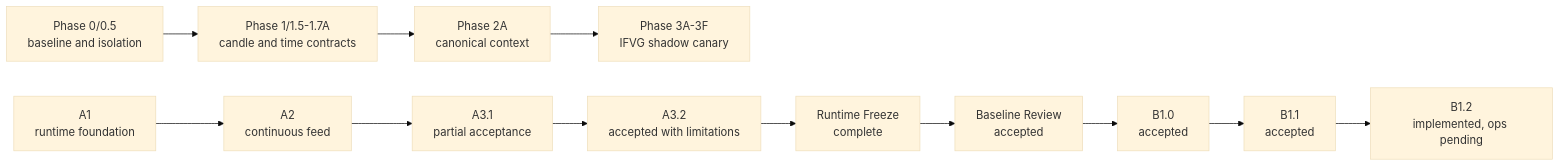
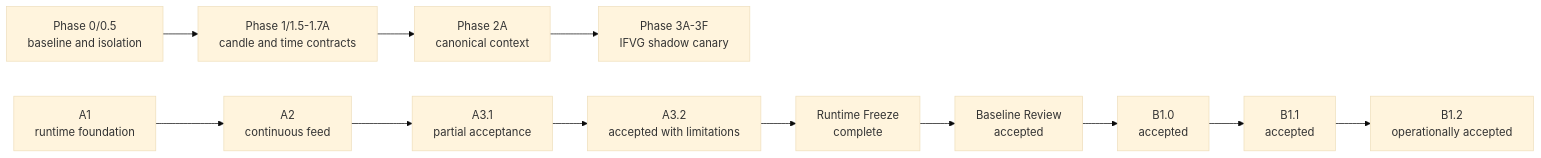
The first of 2 diagrams in docs/gotrader-runtime/architecture-roadmap.md (andreduval-png/gotrader-lab), drawn with Mermaid (base theme) before and after one commit. The commit also changed other lines of this file and 2 other files, not shown here.

````diff
--- a/docs/gotrader-runtime/architecture-roadmap.md
+++ b/docs/gotrader-runtime/architecture-roadmap.md
@@ -58,18 +61,18 @@
 ```mermaid
 flowchart LR
   P0["Phase 0/0.5<br/>baseline and isolation"]
   P1["Phase 1/1.5-1.7A<br/>candle and time contracts"]
   P2["Phase 2A<br/>canonical context"]
   P3["Phase 3A-3F<br/>IFVG shadow canary"]
   A1["A1<br/>runtime foundation"]
   A2["A2<br/>continuous feed"]
   A31["A3.1<br/>partial acceptance"]
   A32["A3.2<br/>accepted with limitations"]
   RF["Runtime Freeze<br/>complete"]
   BR["Baseline Review<br/>accepted"]
   B10["B1.0<br/>accepted"]
   B11["B1.1<br/>accepted"]
-  B12["B1.2<br/>implemented, ops pending"]
+  B12["B1.2<br/>operationally accepted"]
   P0 --> P1 --> P2 --> P3
   A1 --> A2 --> A31 --> A32 --> RF --> BR --> B10 --> B11 --> B12
 ```
````
